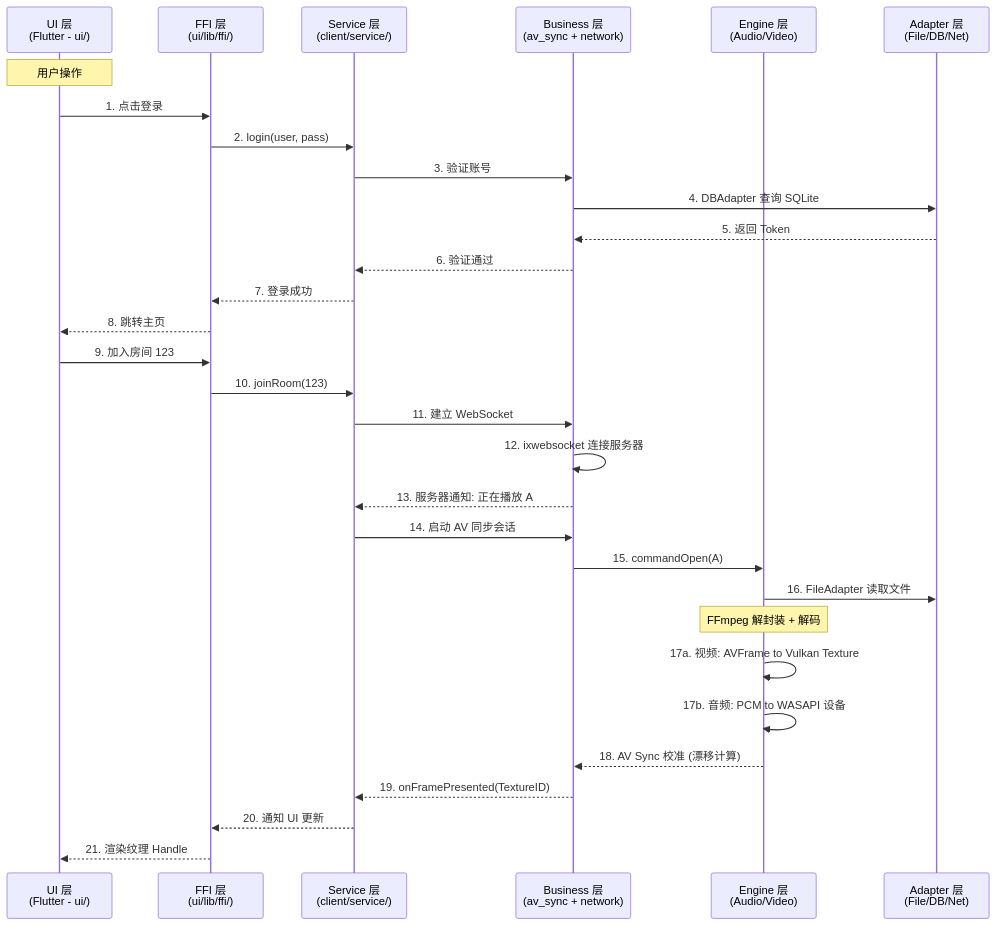
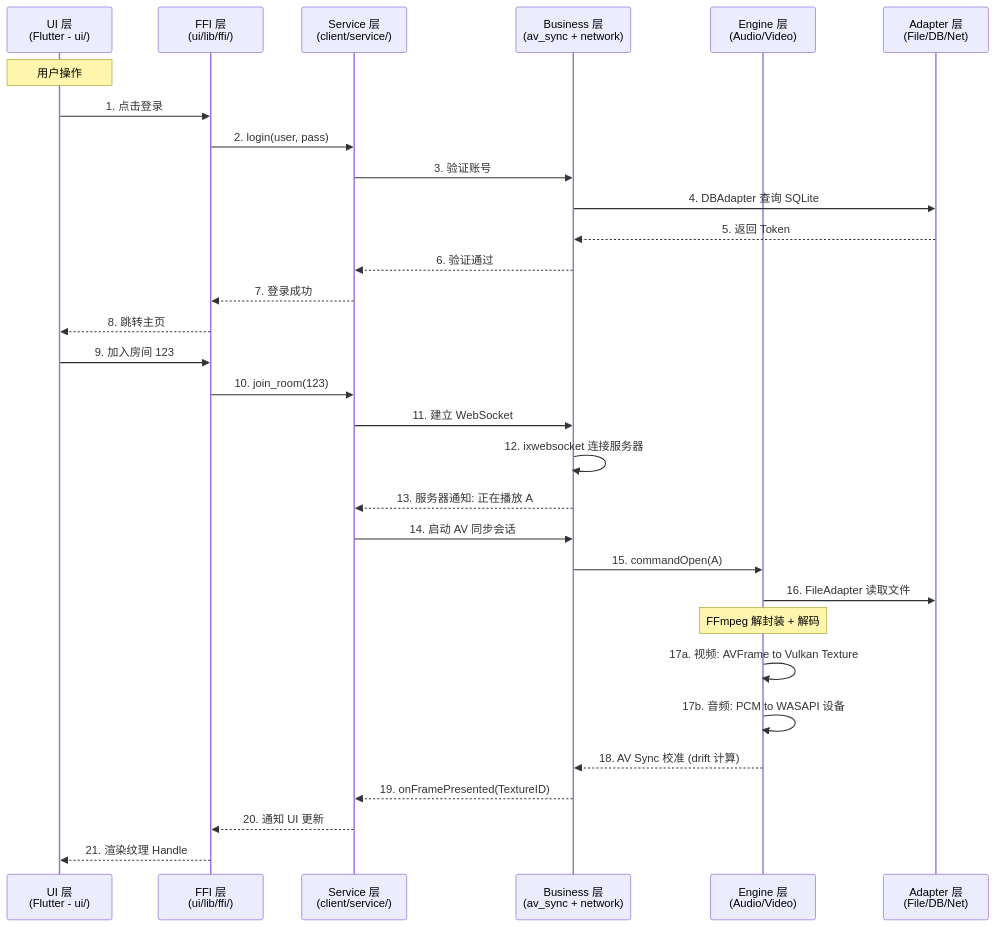
Before and after one commit to xiaofusu123/PrismPlayer: the first of 3 diagrams in docs/markdown/数据流.md, drawn with Mermaid. The commit also changed other lines of this file and 18 other files, not shown here.

````diff
--- a/docs/markdown/数据流.md
+++ b/docs/markdown/数据流.md
@@ -11,38 +15,38 @@
 ```mermaid
 sequenceDiagram
     participant UI as UI 层<br/>(Flutter - ui/)
     participant FFI as FFI 层<br/>(ui/lib/ffi/)
     participant SVC as Service 层<br/>(client/service/)
     participant BIZ as Business 层<br/>(av_sync + network)
     participant ENG as Engine 层<br/>(Audio/Video)
     participant ADP as Adapter 层<br/>(File/DB/Net)
 
     Note over UI: 用户操作
     UI->>FFI: 1. 点击登录
     FFI->>SVC: 2. login(user, pass)
     SVC->>BIZ: 3. 验证账号
     BIZ->>ADP: 4. DBAdapter 查询 SQLite
     ADP-->>BIZ: 5. 返回 Token
     BIZ-->>SVC: 6. 验证通过
     SVC-->>FFI: 7. 登录成功
     FFI-->>UI: 8. 跳转主页
 
     UI->>FFI: 9. 加入房间 123
-    FFI->>SVC: 10. joinRoom(123)
+    FFI->>SVC: 10. join_room(123)
     SVC->>BIZ: 11. 建立 WebSocket
     BIZ->>BIZ: 12. ixwebsocket 连接服务器
     BIZ-->>SVC: 13. 服务器通知: 正在播放 A
 
     SVC->>BIZ: 14. 启动 AV 同步会话
     BIZ->>ENG: 15. commandOpen(A)
     ENG->>ADP: 16. FileAdapter 读取文件
 
     Note over ENG: FFmpeg 解封装 + 解码
     ENG->>ENG: 17a. 视频: AVFrame to Vulkan Texture
     ENG->>ENG: 17b. 音频: PCM to WASAPI 设备
 
-    ENG-->>BIZ: 18. AV Sync 校准 (漂移计算)
+    ENG-->>BIZ: 18. AV Sync 校准 (drift 计算)
     BIZ-->>SVC: 19. onFramePresented(TextureID)
     SVC-->>FFI: 20. 通知 UI 更新
     FFI-->>UI: 21. 渲染纹理 Handle
 ```
````
